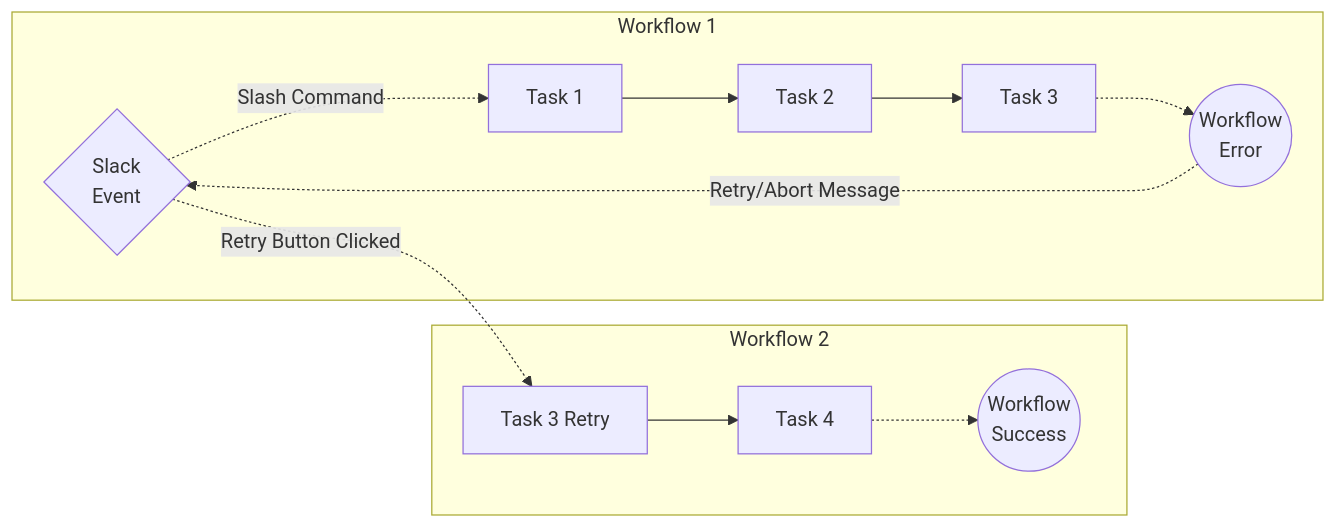
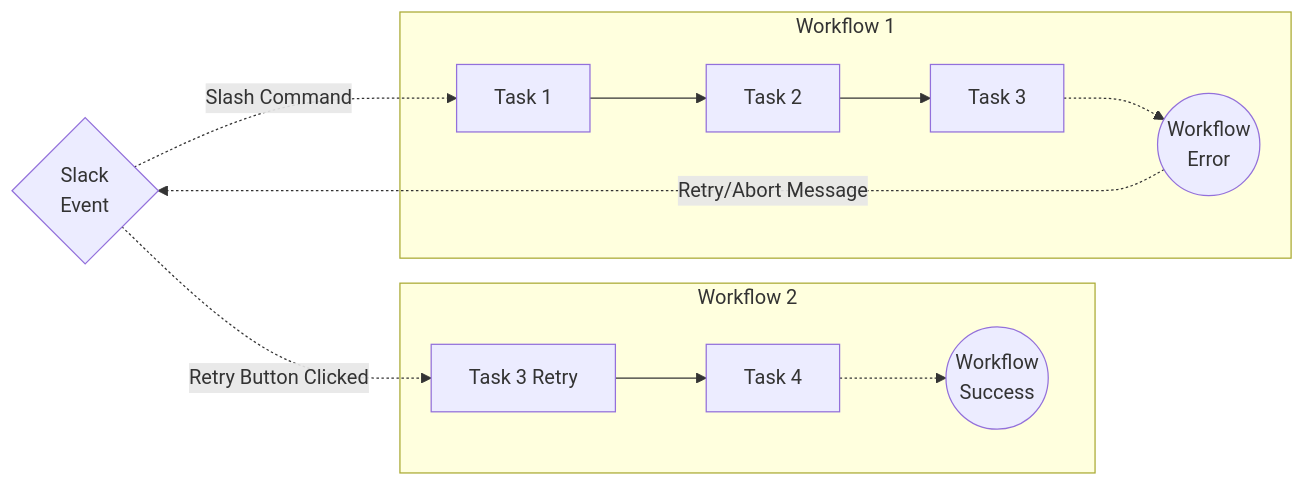
The diagram in task_chain/README.md (autokitteh/kittehub), drawn with Mermaid before and after one commit. The commit also changed other lines of this file, not shown here.

````diff
--- a/task_chain/README.md
+++ b/task_chain/README.md
@@ -13,22 +17,23 @@
 ```mermaid
 flowchart LR
     slack{"`Slack
     Event`"}
     task1[Task 1]
     task2[Task 2]
     task3a[Task 3]
     task3b[Task 3 Retry]
     task4[Task 4]
     error(("`Workflow
     Error`"))
     success(("`Workflow
     Success`"))
     slack -. Slash Command .-> task1
+    error -. Retry/Abort Message .-> slack
     slack -. Retry Button Clicked .-> task3b
     subgraph Workflow 2
     task3b --> task4 -.-> success
     end
     subgraph Workflow 1
-    task1 --> task2 --> task3a -.-> error -. Retry/Abort Message .-> slack
+    task1 --> task2 --> task3a -.-> error
     end
 ```
````
